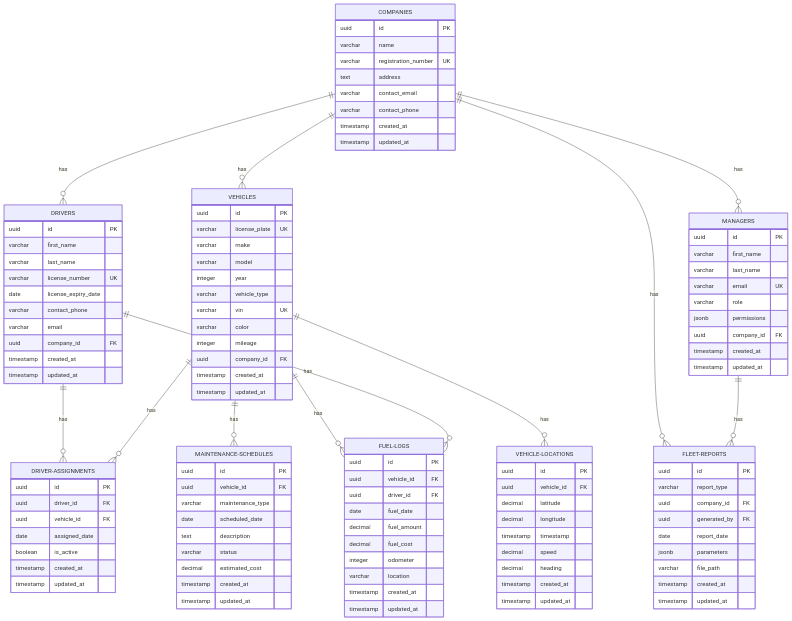
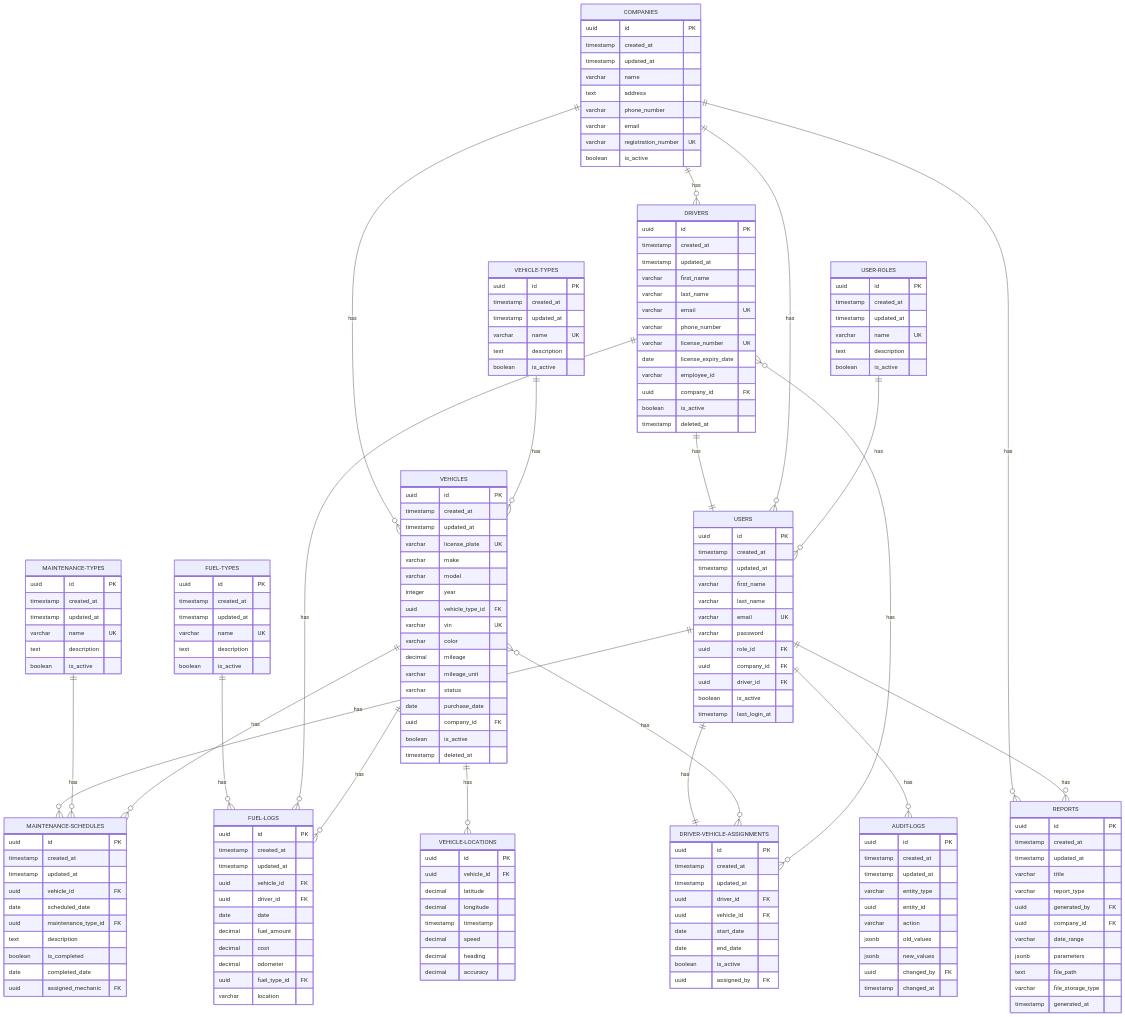
The diagram in output/erd_diagram.mmd (AdmirDemaj1/RDBMS-BUILDER-AGENTIC-MODEL), drawn with Mermaid before and after one commit. The commit also changed 13 other files, not shown here.

```diff
--- a/output/erd_diagram.mmd
+++ b/output/erd_diagram.mmd
@@ -1,114 +1,184 @@
 erDiagram
     COMPANIES {
         uuid id PK
-        varchar name
-        varchar registration_number UK
-        text address
-        varchar contact_email
-        varchar contact_phone
         timestamp created_at
         timestamp updated_at
+        varchar name
+        text address
+        varchar phone_number
+        varchar email
+        varchar registration_number UK
+        boolean is_active
+    }
+    VEHICLE-TYPES {
+        uuid id PK
+        timestamp created_at
+        timestamp updated_at
+        varchar name UK
+        text description
+        boolean is_active
+    }
+    FUEL-TYPES {
+        uuid id PK
+        timestamp created_at
+        timestamp updated_at
+        varchar name UK
+        text description
+        boolean is_active
+    }
+    MAINTENANCE-TYPES {
+        uuid id PK
+        timestamp created_at
+        timestamp updated_at
+        varchar name UK
+        text description
+        boolean is_active
+    }
+    USER-ROLES {
+        uuid id PK
+        timestamp created_at
+        timestamp updated_at
+        varchar name UK
+        text description
+        boolean is_active
     }
     VEHICLES {
         uuid id PK
+        timestamp created_at
+        timestamp updated_at
         varchar license_plate UK
         varchar make
         varchar model
         integer year
-        varchar vehicle_type
+        uuid vehicle_type_id FK
         varchar vin UK
         varchar color
-        integer mileage
+        decimal mileage
+        varchar mileage_unit
+        varchar status
+        date purchase_date
         uuid company_id FK
-        timestamp created_at
-        timestamp updated_at
+        boolean is_active
+        timestamp deleted_at
     }
     DRIVERS {
         uuid id PK
-        varchar first_name
-        varchar last_name
-        varchar license_number UK
-        date license_expiry_date
-        varchar contact_phone
-        varchar email
-        uuid company_id FK
         timestamp created_at
         timestamp updated_at
-    }
-    MANAGERS {
-        uuid id PK
         varchar first_name
         varchar last_name
         varchar email UK
-        varchar role
-        jsonb permissions
+        varchar phone_number
+        varchar license_number UK
+        date license_expiry_date
+        varchar employee_id
         uuid company_id FK
+        boolean is_active
+        timestamp deleted_at
+    }
+    USERS {
+        uuid id PK
         timestamp created_at
         timestamp updated_at
+        varchar first_name
+        varchar last_name
+        varchar email UK
+        varchar password
+        uuid role_id FK
+        uuid company_id FK
+        uuid driver_id FK
+        boolean is_active
+        timestamp last_login_at
     }
-    DRIVER-ASSIGNMENTS {
+    DRIVER-VEHICLE-ASSIGNMENTS {
         uuid id PK
+        timestamp created_at
+        timestamp updated_at
         uuid driver_id FK
         uuid vehicle_id FK
-        date assigned_date
+        date start_date
+        date end_date
         boolean is_active
-        timestamp created_at
-        timestamp updated_at
+        uuid assigned_by FK
     }
     MAINTENANCE-SCHEDULES {
         uuid id PK
-        uuid vehicle_id FK
-        varchar maintenance_type
-        date scheduled_date
-        text description
-        varchar status
-        decimal estimated_cost
         timestamp created_at
         timestamp updated_at
+        uuid vehicle_id FK
+        date scheduled_date
+        uuid maintenance_type_id FK
+        text description
+        boolean is_completed
+        date completed_date
+        uuid assigned_mechanic FK
     }
     FUEL-LOGS {
         uuid id PK
+        timestamp created_at
+        timestamp updated_at
         uuid vehicle_id FK
         uuid driver_id FK
-        date fuel_date
+        date date
         decimal fuel_amount
-        decimal fuel_cost
-        integer odometer
+        decimal cost
+        decimal odometer
+        uuid fuel_type_id FK
         varchar location
-        timestamp created_at
-        timestamp updated_at
     }
     VEHICLE-LOCATIONS {
         uuid id PK
         uuid vehicle_id FK
         decimal latitude
         decimal longitude
         timestamp timestamp
         decimal speed
         decimal heading
+        decimal accuracy
+    }
+    REPORTS {
+        uuid id PK
         timestamp created_at
         timestamp updated_at
+        varchar title
+        varchar report_type
+        uuid generated_by FK
+        uuid company_id FK
+        varchar date_range
+        jsonb parameters
+        text file_path
+        varchar file_storage_type
+        timestamp generated_at
     }
-    FLEET-REPORTS {
+    AUDIT-LOGS {
         uuid id PK
-        varchar report_type
-        uuid company_id FK
-        uuid generated_by FK
-        date report_date
-        jsonb parameters
-        varchar file_path
         timestamp created_at
         timestamp updated_at
+        varchar entity_type
+        uuid entity_id
+        varchar action
+        jsonb old_values
+        jsonb new_values
+        uuid changed_by FK
+        timestamp changed_at
     }
 
+    VEHICLE-TYPES ||--o{ VEHICLES : has
     COMPANIES ||--o{ VEHICLES : has
     COMPANIES ||--o{ DRIVERS : has
-    COMPANIES ||--o{ MANAGERS : has
-    DRIVERS ||--o{ DRIVER-ASSIGNMENTS : has
-    VEHICLES ||--o{ DRIVER-ASSIGNMENTS : has
+    USER-ROLES ||--o{ USERS : has
+    COMPANIES ||--o{ USERS : has
+    DRIVERS ||--|| USERS : has
+    DRIVERS }o--o{ DRIVER-VEHICLE-ASSIGNMENTS : has
+    VEHICLES }o--o{ DRIVER-VEHICLE-ASSIGNMENTS : has
+    USERS ||--|| DRIVER-VEHICLE-ASSIGNMENTS : has
     VEHICLES ||--o{ MAINTENANCE-SCHEDULES : has
+    MAINTENANCE-TYPES ||--o{ MAINTENANCE-SCHEDULES : has
+    USERS ||--o{ MAINTENANCE-SCHEDULES : has
     VEHICLES ||--o{ FUEL-LOGS : has
     DRIVERS ||--o{ FUEL-LOGS : has
+    FUEL-TYPES ||--o{ FUEL-LOGS : has
     VEHICLES ||--o{ VEHICLE-LOCATIONS : has
-    COMPANIES ||--o{ FLEET-REPORTS : has
-    MANAGERS ||--o{ FLEET-REPORTS : has
+    USERS ||--o{ REPORTS : has
+    COMPANIES ||--o{ REPORTS : has
+    USERS ||--o{ AUDIT-LOGS : has
```
